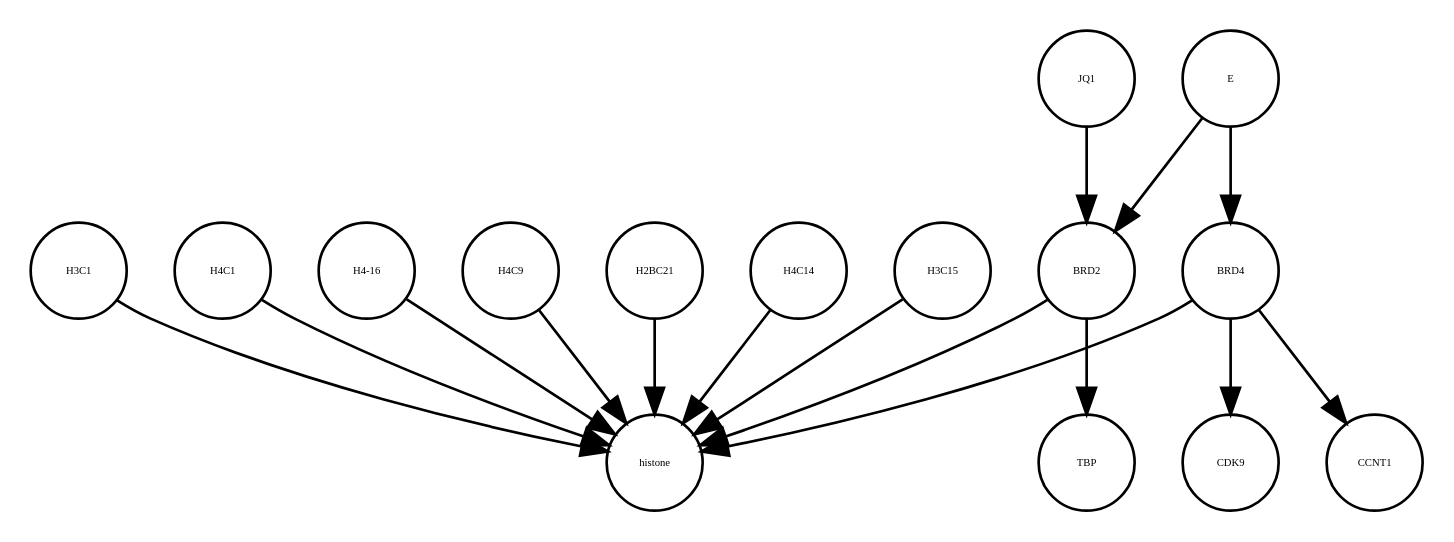
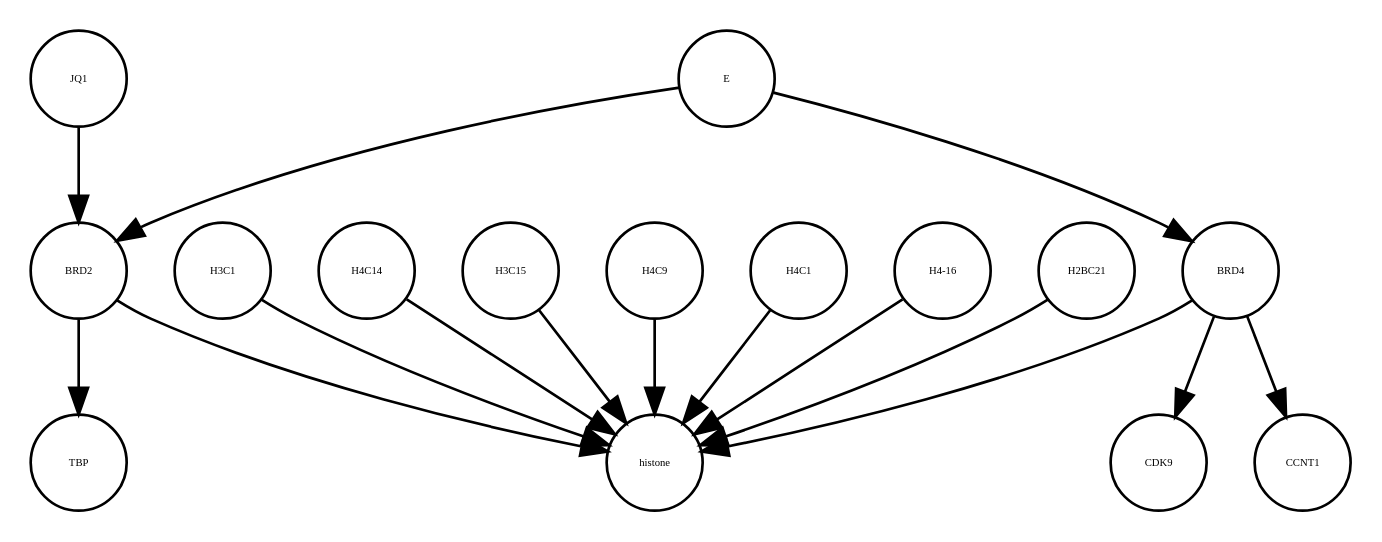
Before and after one commit to cannin/covid19-sbgn: the diagram in E_SARS_CoV_2_22_05_2020.xml_projected.dot, drawn with Graphviz. The commit also changed other lines of this file and 621 other files, not shown here.

```diff
--- a/E_SARS_CoV_2_22_05_2020.xml_projected.dot
+++ b/E_SARS_CoV_2_22_05_2020.xml_projected.dot
@@ -1,32 +1,32 @@
 strict digraph  {
+JQ1 [annotation="", bipartite=0, cls=macromolecule, fontsize=4, label=JQ1, shape=circle];
+BRD2 [annotation="", bipartite=0, cls=macromolecule, fontsize=4, label=BRD2, shape=circle];
+H3C1 [annotation="", bipartite=0, cls=macromolecule, fontsize=4, label=H3C1, shape=circle];
+H4C14 [annotation="", bipartite=0, cls=macromolecule, fontsize=4, label=H4C14, shape=circle];
+H3C15 [annotation="", bipartite=0, cls=macromolecule, fontsize=4, label=H3C15, shape=circle];
+H4C9 [annotation="", bipartite=0, cls=macromolecule, fontsize=4, label=H4C9, shape=circle];
+TBP [annotation="", bipartite=0, cls=macromolecule, fontsize=4, label=TBP, shape=circle];
+BRD4 [annotation="", bipartite=0, cls=macromolecule, fontsize=4, label=BRD4, shape=circle];
+CDK9 [annotation="", bipartite=0, cls=macromolecule, fontsize=4, label=CDK9, shape=circle];
+histone [annotation="", bipartite=0, cls=complex, fontsize=4, label=histone, shape=circle];
+E [annotation=urn_miriam_ncbiprotein_BCD58755, bipartite=0, cls=macromolecule, fontsize=4, label=E, shape=circle];
 H4C1 [annotation="", bipartite=0, cls=macromolecule, fontsize=4, label=H4C1, shape=circle];
 "H4-16" [annotation="", bipartite=0, cls=macromolecule, fontsize=4, label="H4-16", shape=circle];
-H4C9 [annotation="", bipartite=0, cls=macromolecule, fontsize=4, label=H4C9, shape=circle];
 H2BC21 [annotation="", bipartite=0, cls=macromolecule, fontsize=4, label=H2BC21, shape=circle];
-CDK9 [annotation="", bipartite=0, cls=macromolecule, fontsize=4, label=CDK9, shape=circle];
-BRD2 [annotation="", bipartite=0, cls=macromolecule, fontsize=4, label=BRD2, shape=circle];
-JQ1 [annotation="", bipartite=0, cls=macromolecule, fontsize=4, label=JQ1, shape=circle];
-H4C14 [annotation="", bipartite=0, cls=macromolecule, fontsize=4, label=H4C14, shape=circle];
-histone [annotation="", bipartite=0, cls=complex, fontsize=4, label=histone, shape=circle];
-BRD4 [annotation="", bipartite=0, cls=macromolecule, fontsize=4, label=BRD4, shape=circle];
-E [annotation=urn_miriam_ncbiprotein_BCD58755, bipartite=0, cls=macromolecule, fontsize=4, label=E, shape=circle];
-H3C15 [annotation="", bipartite=0, cls=macromolecule, fontsize=4, label=H3C15, shape=circle];
-H3C1 [annotation="", bipartite=0, cls=macromolecule, fontsize=4, label=H3C1, shape=circle];
-TBP [annotation="", bipartite=0, cls=macromolecule, fontsize=4, label=TBP, shape=circle];
 CCNT1 [annotation="", bipartite=0, cls=macromolecule, fontsize=4, label=CCNT1, shape=circle];
+JQ1 -> BRD2  [annotation="urn_miriam_doi_10.1038%2Fs41586-020-2286-9|urn_miriam_doi_10.1080%2F15592294.2018.1469891", interaction_type=inhibition];
+BRD2 -> TBP  [annotation="urn_miriam_doi_10.1007%2Fs11010-006-9223-6", interaction_type=catalysis];
+BRD2 -> histone  [annotation="urn_miriam_doi_10.1038%2Fnsmb.3228.|urn_miriam_doi_10.1016%2Fj.molcel.2008.01.018", interaction_type=catalysis];
+H3C1 -> histone  [annotation="", interaction_type=production];
+H4C14 -> histone  [annotation="", interaction_type=production];
+H3C15 -> histone  [annotation="", interaction_type=production];
+H4C9 -> histone  [annotation="", interaction_type=production];
+BRD4 -> CCNT1  [annotation="", interaction_type=catalysis];
+BRD4 -> CDK9  [annotation=urn_miriam_taxonomy_10090, interaction_type=catalysis];
+BRD4 -> histone  [annotation="urn_miriam_doi_10.1038%2Fnsmb.3228.|urn_miriam_doi_10.1016%2Fj.molcel.2008.01.018", interaction_type=catalysis];
+E -> BRD4  [annotation="urn_miriam_doi_10.1038%2Fs41586-020-2286-9", interaction_type=inhibition];
+E -> BRD2  [annotation="urn_miriam_doi_10.1038%2Fs41586-020-2286-9|urn_miriam_doi_10.1080%2F15592294.2018.1469891", interaction_type=inhibition];
 H4C1 -> histone  [annotation="", interaction_type=production];
 "H4-16" -> histone  [annotation="", interaction_type=production];
-H4C9 -> histone  [annotation="", interaction_type=production];
 H2BC21 -> histone  [annotation="", interaction_type=production];
-BRD2 -> TBP  [annotation="urn_miriam_doi_10.1007%2Fs11010-006-9223-6", interaction_type=catalysis];
-BRD2 -> histone  [annotation="urn_miriam_doi_10.1038%2Fnsmb.3228.|urn_miriam_doi_10.1016%2Fj.molcel.2008.01.018", interaction_type=catalysis];
-JQ1 -> BRD2  [annotation="urn_miriam_doi_10.1038%2Fs41586-020-2286-9|urn_miriam_doi_10.1080%2F15592294.2018.1469891", interaction_type=inhibition];
-H4C14 -> histone  [annotation="", interaction_type=production];
-BRD4 -> CDK9  [annotation=urn_miriam_taxonomy_10090, interaction_type=catalysis];
-BRD4 -> histone  [annotation="urn_miriam_doi_10.1038%2Fnsmb.3228.|urn_miriam_doi_10.1016%2Fj.molcel.2008.01.018", interaction_type=catalysis];
-BRD4 -> CCNT1  [annotation="", interaction_type=catalysis];
-E -> BRD4  [annotation="urn_miriam_doi_10.1038%2Fs41586-020-2286-9", interaction_type=inhibition];
-E -> BRD2  [annotation="urn_miriam_doi_10.1038%2Fs41586-020-2286-9|urn_miriam_doi_10.1080%2F15592294.2018.1469891", interaction_type=inhibition];
-H3C15 -> histone  [annotation="", interaction_type=production];
-H3C1 -> histone  [annotation="", interaction_type=production];
 }
```
